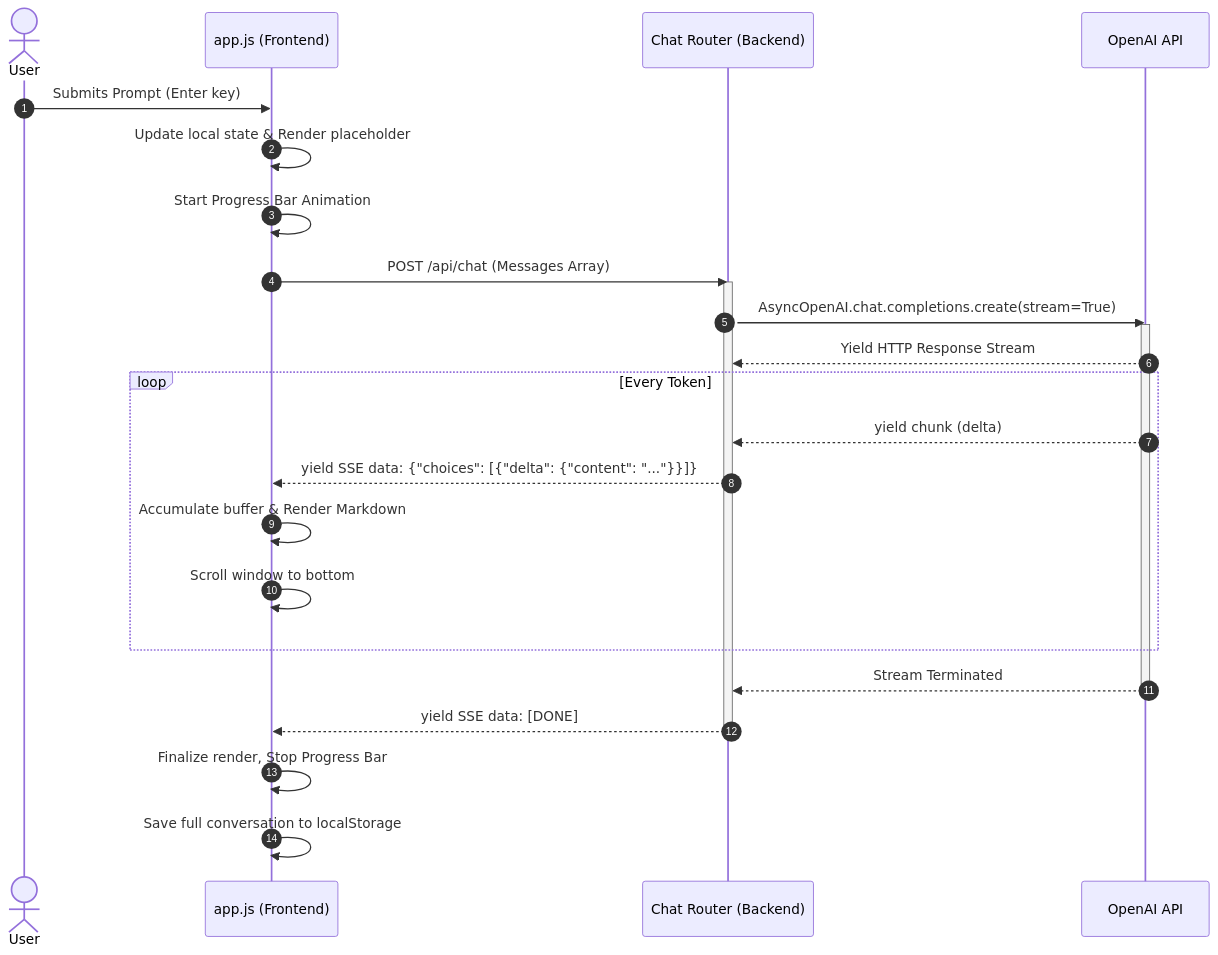
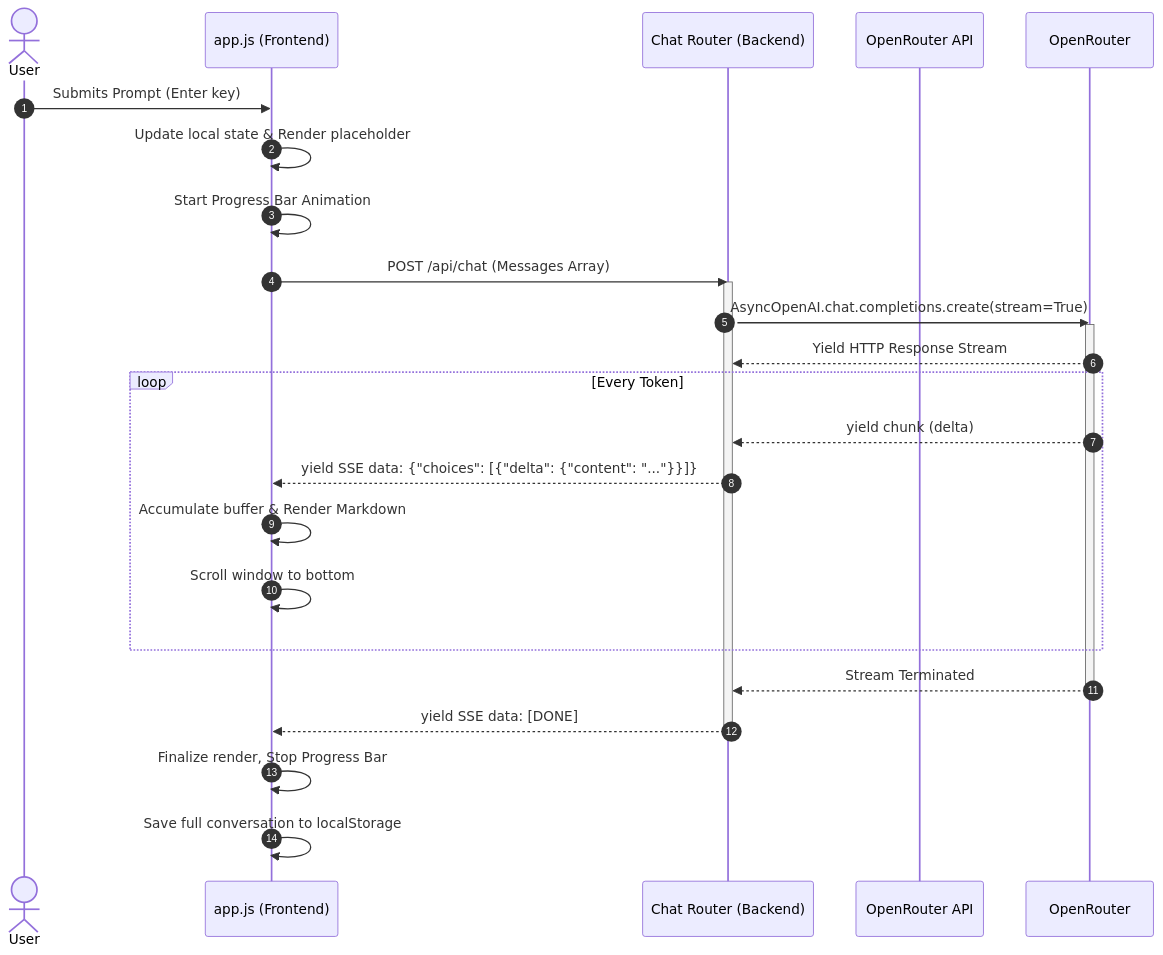
The second of 3 diagrams in README.md (ShahabAhmed01/zynex-ai), drawn with Mermaid before and after one commit. The commit also changed other lines of this file and 12 other files, not shown here.

First line of the commit message:
refactor: rebrand project to Zynex and migrate to OpenRouter

````diff
--- a/README.md
+++ b/README.md
@@ -105,36 +105,36 @@
 ```mermaid
 sequenceDiagram
     autonumber
     actor User
     participant App as app.js (Frontend)
     participant FastAPI as Chat Router (Backend)
-    participant OpenAI as OpenAI API
+    participant OpenAI as OpenRouter API
 
     User->>App: Submits Prompt (Enter key)
     App->>App: Update local state & Render placeholder
     App->>App: Start Progress Bar Animation
     
     App->>FastAPI: POST /api/chat (Messages Array)
     activate FastAPI
     
-    FastAPI->>OpenAI: AsyncOpenAI.chat.completions.create(stream=True)
-    activate OpenAI
+    FastAPI->>OpenRouter: AsyncOpenAI.chat.completions.create(stream=True)
+    activate OpenRouter
     
-    OpenAI-->>FastAPI: Yield HTTP Response Stream
+    OpenRouter-->>FastAPI: Yield HTTP Response Stream
     
     loop Every Token
-        OpenAI-->>FastAPI: yield chunk (delta)
+        OpenRouter-->>FastAPI: yield chunk (delta)
         FastAPI-->>App: yield SSE data: {"choices": [{"delta": {"content": "..."}}]}
         App->>App: Accumulate buffer & Render Markdown
         App->>App: Scroll window to bottom
     end
     
-    OpenAI-->>FastAPI: Stream Terminated
-    deactivate OpenAI
+    OpenRouter-->>FastAPI: Stream Terminated
+    deactivate OpenRouter
     
     FastAPI-->>App: yield SSE data: [DONE]
     deactivate FastAPI
     
     App->>App: Finalize render, Stop Progress Bar
     App->>App: Save full conversation to localStorage
 ```
````
